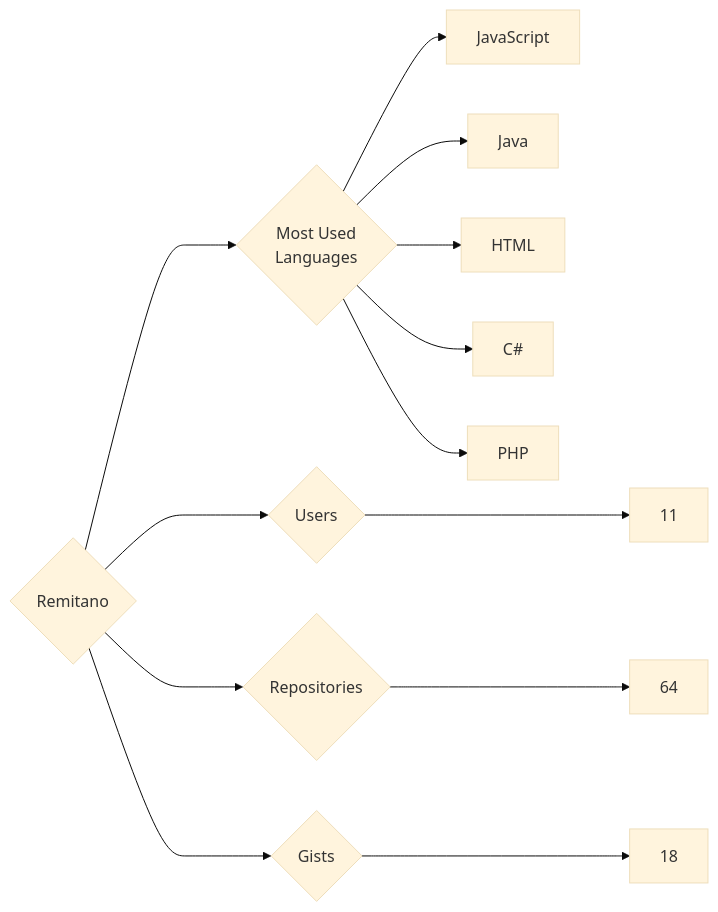
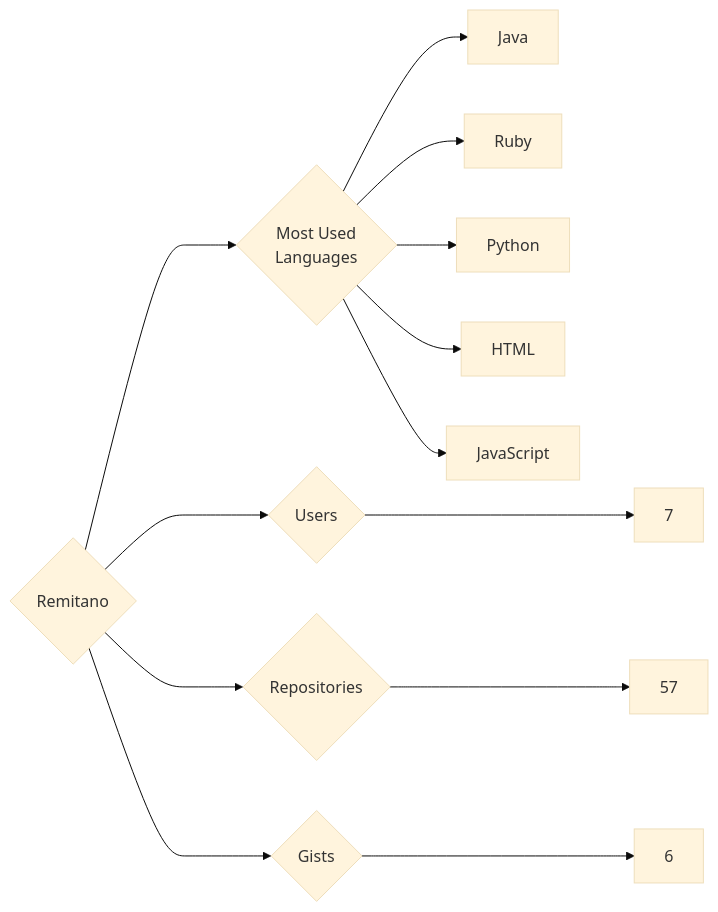
Before and after one commit to trickest/insiders: the diagram in targets/Remitano/README.md, drawn with Mermaid (base theme). The commit also changed 972 other files, not shown here.

````diff
--- a/targets/Remitano/README.md
+++ b/targets/Remitano/README.md
@@ -3,13 +3,13 @@
 ```mermaid
 graph LR
 COMPANY_NAME{Remitano}
-COMPANY_NAME ---> U{Users} ---> UN[11]
-COMPANY_NAME ---> R{Repositories} ---> RN[64]
-COMPANY_NAME ---> G{Gists} ---> GN[18]
+COMPANY_NAME ---> U{Users} ---> UN[7]
+COMPANY_NAME ---> R{Repositories} ---> RN[57]
+COMPANY_NAME ---> G{Gists} ---> GN[6]
 COMPANY_NAME ---> ML{Most Used<br>Languages}
+ML --> Java[Java]
+ML --> Ruby[Ruby]
+ML --> Python[Python]
+ML --> HTML[HTML]
 ML --> JavaScript[JavaScript]
-ML --> Java[Java]
-ML --> HTML[HTML]
-ML --> C#[C#]
-ML --> PHP[PHP]
 ```
````
